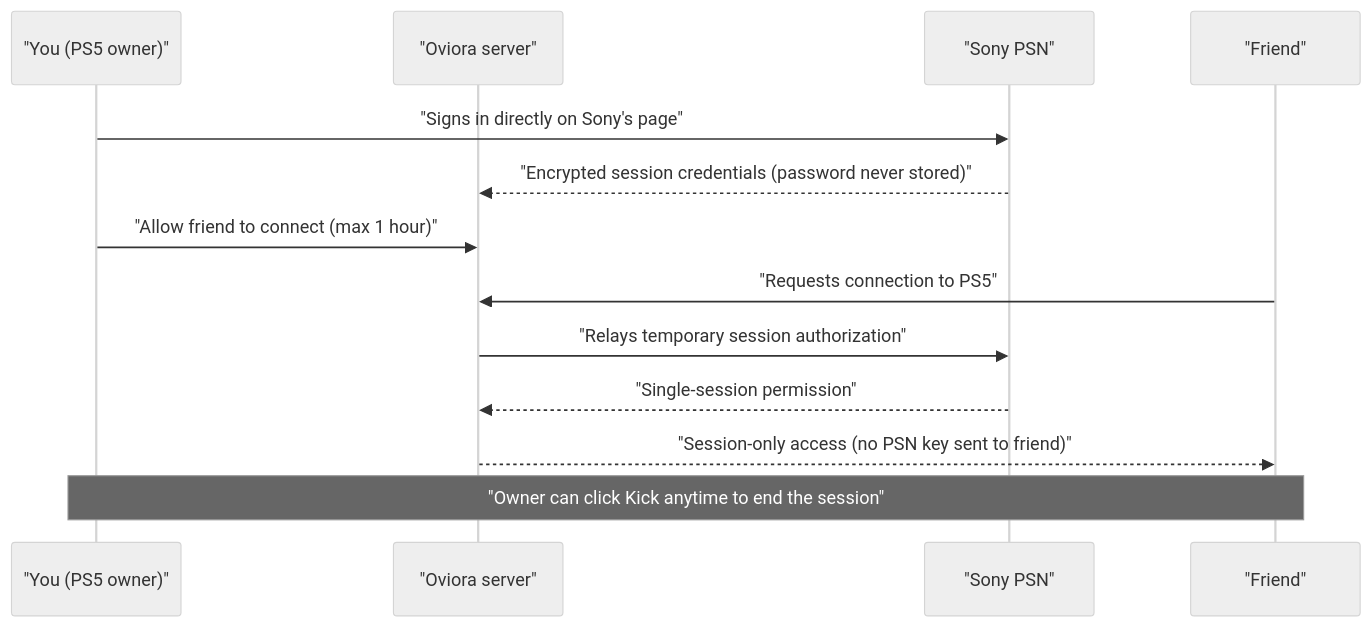
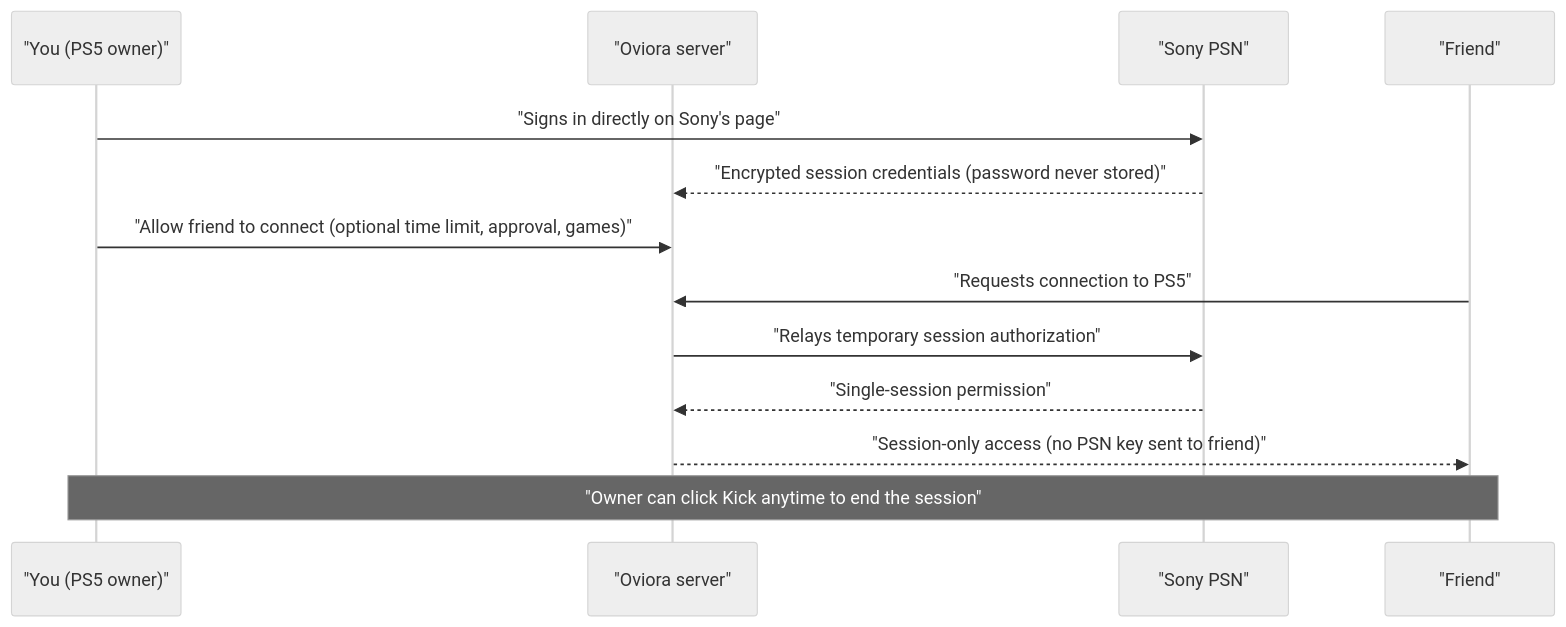
One commit to GamersSword/oviora changed the second of 3 diagrams in README.md. Above: the diagram before and after it, drawn with Mermaid (neutral theme). The commit also changed other lines of this file and 27 other files, not shown here.

````diff
--- a/README.md
+++ b/README.md
@@ -81,16 +81,16 @@
 ```mermaid
 sequenceDiagram
     participant O_Owner as "You (PS5 owner)"
     participant Srv as "Oviora server"
     participant PSN as "Sony PSN"
     participant F as "Friend"
 
     O_Owner->>PSN: "Signs in directly on Sony's page"
     PSN-->>Srv: "Encrypted session credentials (password never stored)"
-    O_Owner->>Srv: "Allow friend to connect (max 1 hour)"
+    O_Owner->>Srv: "Allow friend to connect (optional time limit, approval, games)"
     F->>Srv: "Requests connection to PS5"
     Srv->>PSN: "Relays temporary session authorization"
     PSN-->>Srv: "Single-session permission"
     Srv-->>F: "Session-only access (no PSN key sent to friend)"
     Note over O_Owner,F: "Owner can click Kick anytime to end the session"
 ```
````
